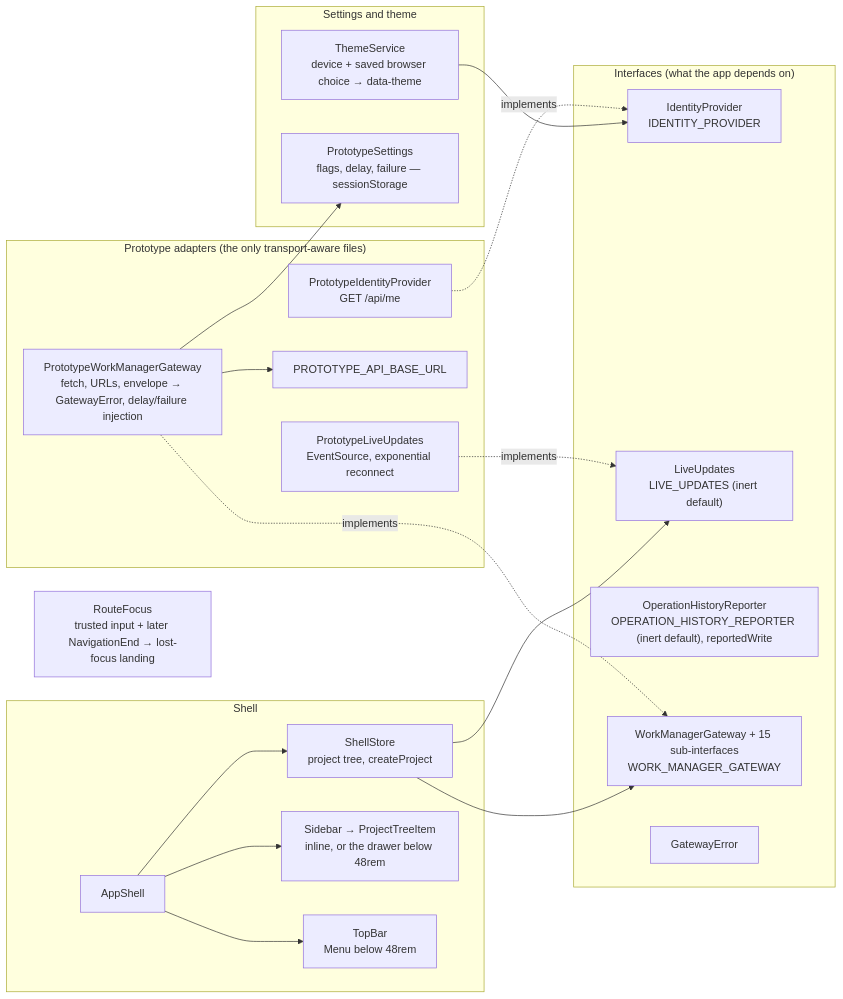
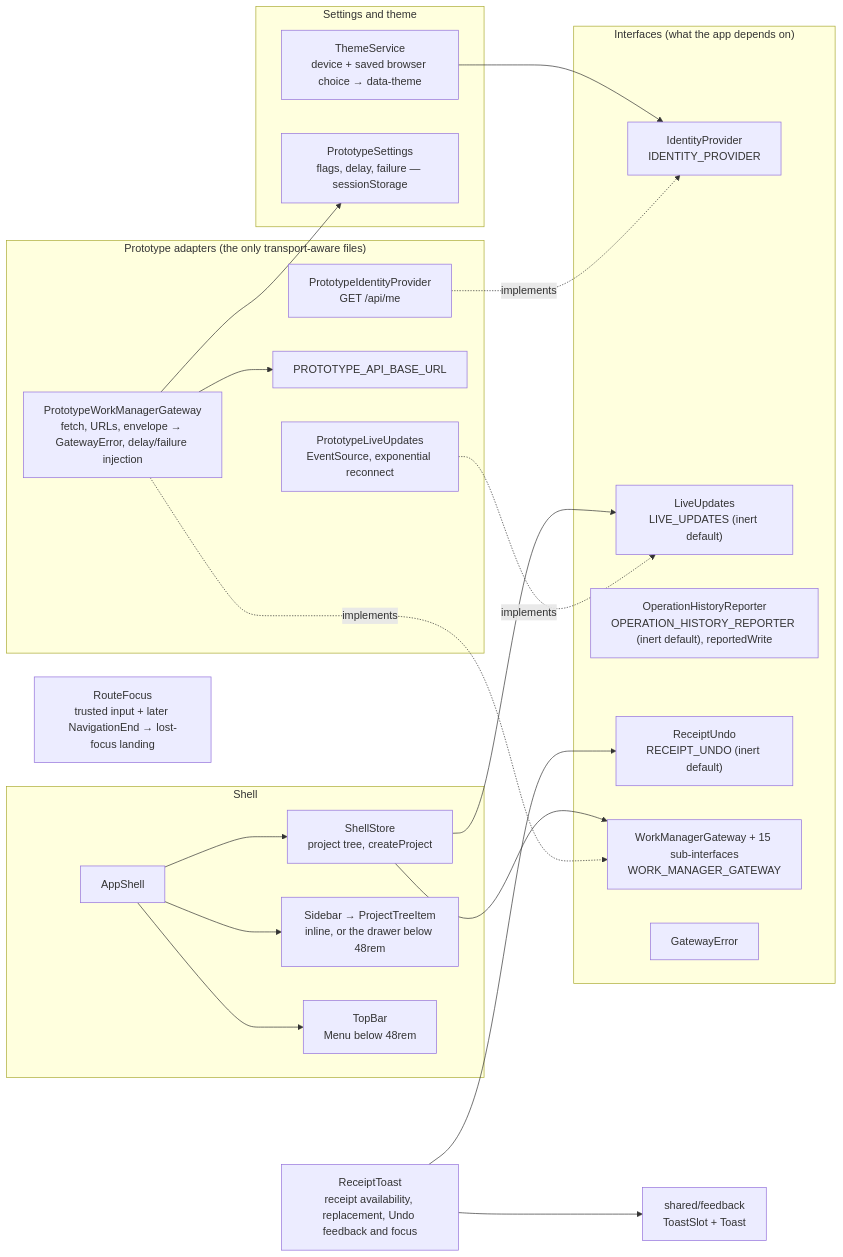
One commit to CalciteDragon/Canvas-work-manager-prototype changed the first of 2 diagrams in docs/architecture/web/core/what.md. Above: the diagram before and after it, drawn with Mermaid. The commit also changed other lines of this file and 138 other files, not shown here.

First line of the commit message:
Slice 74: one toast with Undo, Archive always visitable; evidence green, Gate 2 pending (§21, §23, §26, §27, §31, §34, §67, §68, §78)

````diff
--- a/docs/architecture/web/core/what.md
+++ b/docs/architecture/web/core/what.md
@@ -5,36 +5,40 @@
 ```mermaid
 flowchart LR
   subgraph ports["Interfaces (what the app depends on)"]
     id["IdentityProvider<br/>IDENTITY_PROVIDER"]
     lu["LiveUpdates<br/>LIVE_UPDATES (inert default)"]
     rep["OperationHistoryReporter<br/>OPERATION_HISTORY_REPORTER (inert default), reportedWrite"]
+    undo["ReceiptUndo<br/>RECEIPT_UNDO (inert default)"]
     gw["WorkManagerGateway + 15 sub-interfaces<br/>WORK_MANAGER_GATEWAY"]
     err["GatewayError"]
   end
   subgraph adapters["Prototype adapters (the only transport-aware files)"]
     pid["PrototypeIdentityProvider<br/>GET /api/me"]
     pgw["PrototypeWorkManagerGateway<br/>fetch, URLs, envelope → GatewayError, delay/failure injection"]
     cfg["PROTOTYPE_API_BASE_URL"]
     plu["PrototypeLiveUpdates<br/>EventSource, exponential reconnect"]
   end
   subgraph settings["Settings and theme"]
     th["ThemeService<br/>device + saved browser choice → data-theme"]
     ps["PrototypeSettings<br/>flags, delay, failure — sessionStorage"]
   end
   routeFocus["RouteFocus<br/>trusted input + later NavigationEnd → lost-focus landing"]
+  toast["ReceiptToast<br/>receipt availability, replacement, Undo feedback and focus"]
+  slot["shared/feedback<br/>ToastSlot + Toast"]
   subgraph shell["Shell"]
     as["AppShell"]
     ss["ShellStore<br/>project tree, createProject"]
     sb["Sidebar → ProjectTreeItem<br/>inline, or the drawer below 48rem"]
     tb["TopBar<br/>Menu below 48rem"]
   end
   pgw -. implements .-> gw
   pid -. implements .-> id
   plu -. implements .-> lu
   pgw --> cfg
   pgw --> ps
   as --> ss --> gw
   ss --> lu
   as --> sb & tb
   th --> id
+  toast --> undo & slot
 ```
````
